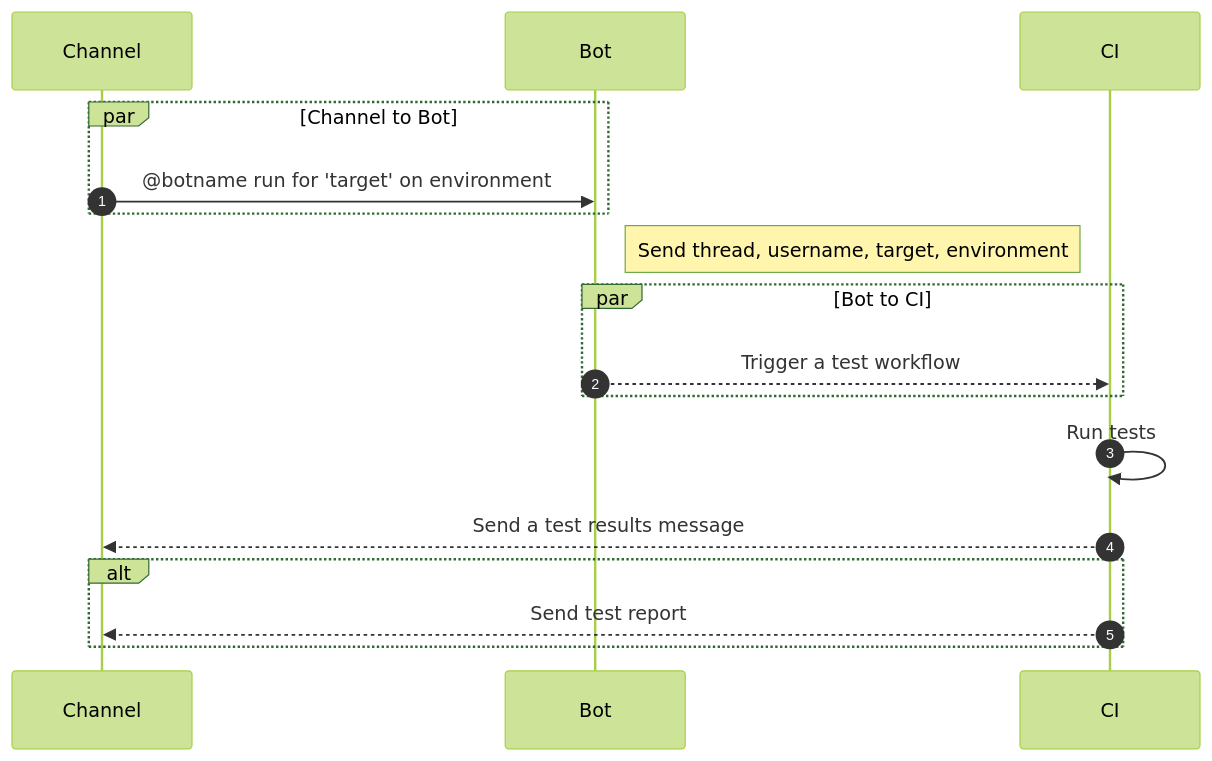
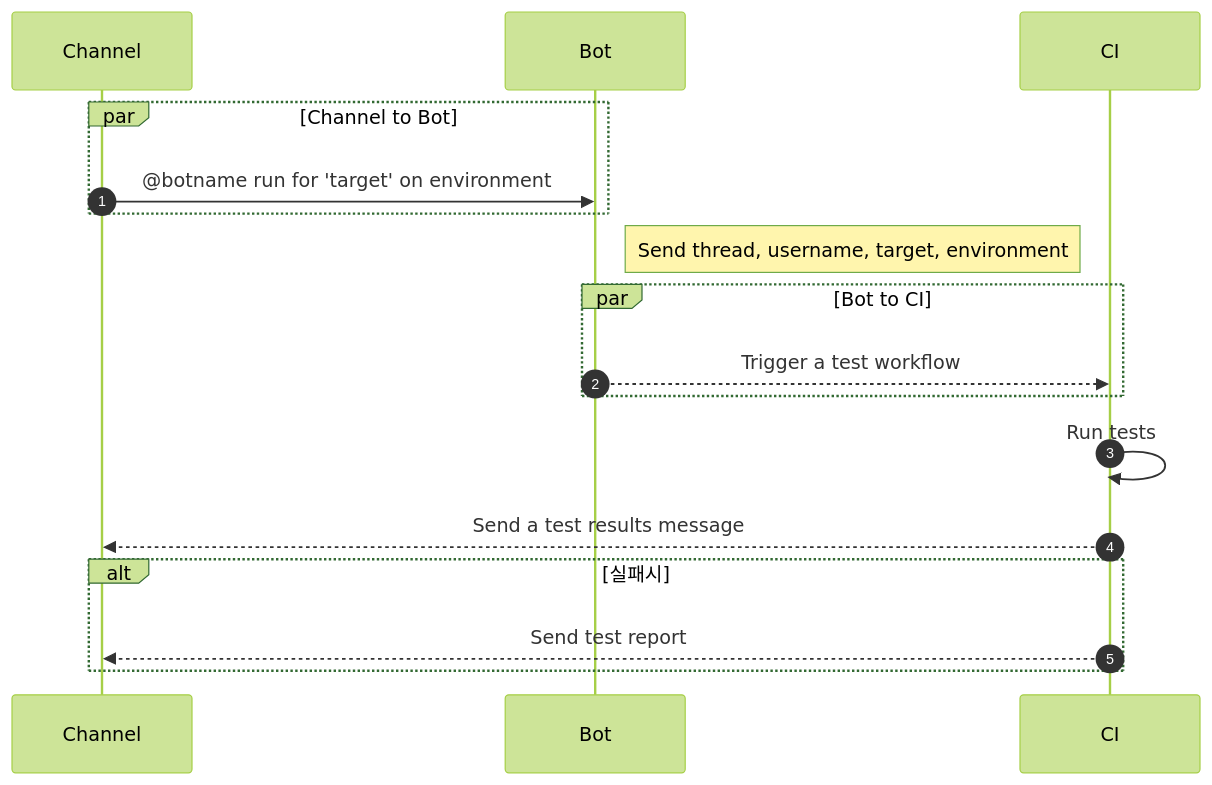
Before and after one commit to bgtestlab/slack-app-test: the diagram in README.md, drawn with Mermaid (forest theme).

````diff
--- a/README.md
+++ b/README.md
@@ -3,16 +3,16 @@
 ```mermaid
 sequenceDiagram
     autonumber
     par Channel to Bot
         Channel->>Bot: @botname run for 'target' on environment
     end
     Note right of Bot: Send thread, username, target, environment
     par Bot to CI
     Bot-->>CI: Trigger a test workflow
     end
     CI->>CI: Run tests
     CI-->>Channel: Send a test results message
-    alt 
+    alt 실패시 
         CI-->>Channel: Send test report 
     end    
 ```
````
